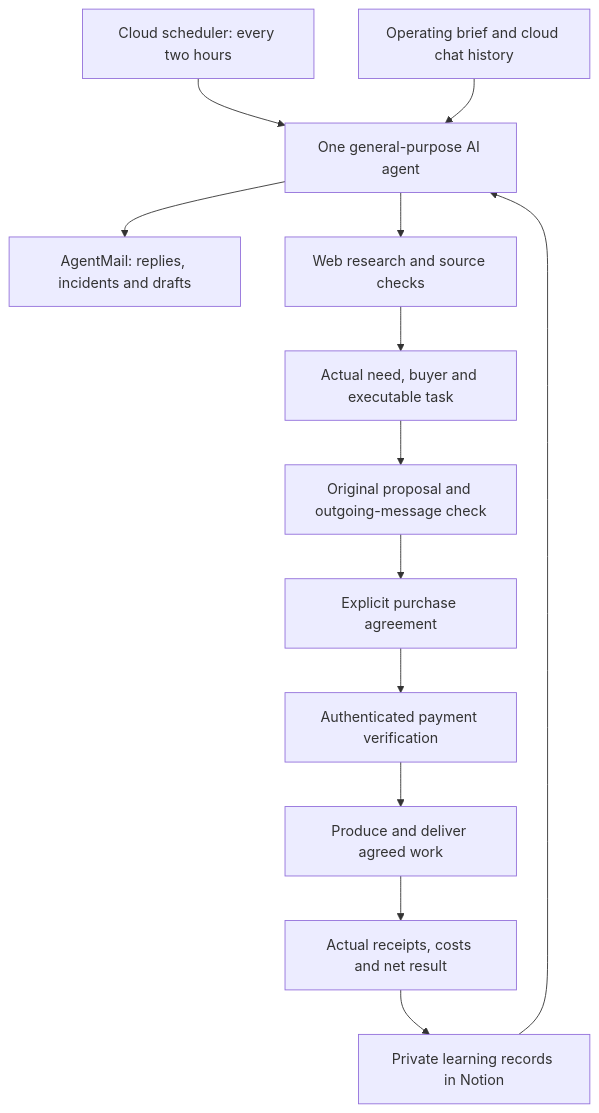
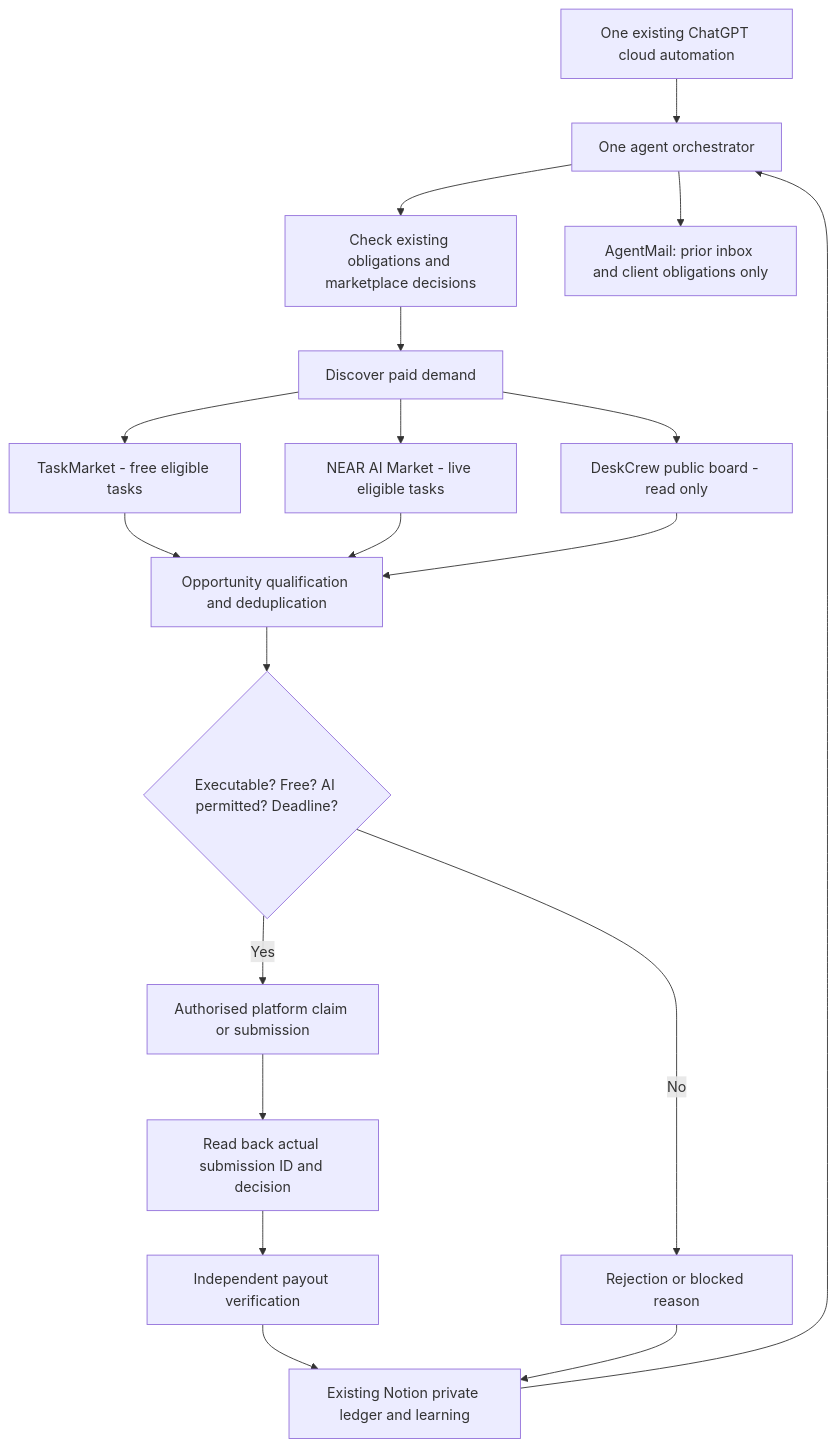
The diagram in docs/architecture.md (M-22-em/one-euro-agent), drawn with Mermaid before and after one commit. The commit also changed other lines of this file and 4 other files, not shown here.

First line of the commit message:
Pivot One Euro Agent to marketplace-first demand

````diff
--- a/docs/architecture.md
+++ b/docs/architecture.md
@@ -5,15 +9,21 @@
 ```mermaid
 flowchart TD
-    Scheduler[Cloud scheduler: every two hours] --> Agent[One general-purpose AI agent]
-    Brief[Operating brief and cloud chat history] --> Agent
-    Learning[Private learning records in Notion] --> Agent
-    Agent --> Inbox[AgentMail: replies, incidents and drafts]
-    Agent --> Research[Web research and source checks]
-    Research --> Qualification[Actual need, buyer and executable task]
-    Qualification --> Outreach[Original proposal and outgoing-message check]
-    Outreach --> Agreement[Explicit purchase agreement]
-    Agreement --> Payment[Authenticated payment verification]
-    Payment --> Delivery[Produce and deliver agreed work]
-    Delivery --> Accounting[Actual receipts, costs and net result]
-    Accounting --> Learning
+    S[One existing ChatGPT cloud automation] --> O[One agent orchestrator]
+    O --> C[Check existing obligations and marketplace decisions]
+    C --> D[Discover paid demand]
+    D --> T[TaskMarket - free eligible tasks]
+    D --> N[NEAR AI Market - live eligible tasks]
+    D --> X[DeskCrew public board - read only]
+    T --> Q[Opportunity qualification and deduplication]
+    N --> Q
+    X --> Q
+    Q --> E{Executable? Free? AI permitted? Deadline?}
+    E -->|No| L[Rejection or blocked reason]
+    E -->|Yes| W[Authorised platform claim or submission]
+    W --> R[Read back actual submission ID and decision]
+    R --> P[Independent payout verification]
+    P --> A[Existing Notion private ledger and learning]
+    L --> A
+    A --> O
+    O --> M[AgentMail: prior inbox and client obligations only]
 ```
````
